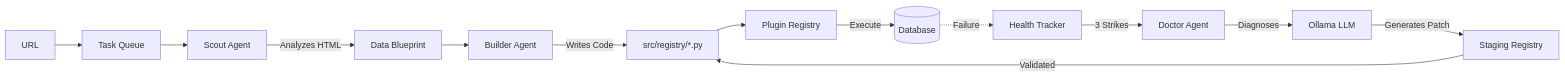
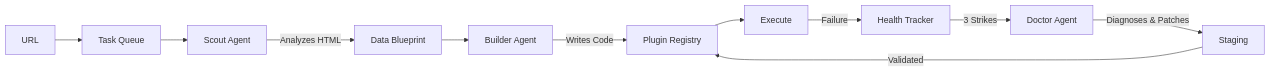
Before and after one commit to dusty-schmidt/smart-data-pipeline: the diagram in README.md, drawn with Mermaid. The commit also changed other lines of this file and 32 other files, not shown here.

````diff
--- a/README.md
+++ b/README.md
@@ -91,16 +48,13 @@
 ```mermaid
 graph LR
     User[URL] --> Queue[Task Queue]
     Queue --> Scout[Scout Agent]
     Scout -->|Analyzes HTML| Blueprint[Data Blueprint]
     Blueprint --> Builder[Builder Agent]
-    Builder -->|Writes Code| Registry[src/registry/*.py]
-    Registry --> Runtime[Plugin Registry]
-    Runtime -->|Execute| DB[(Database)]
-    
-    DB -.->|Failure| Health[Health Tracker]
+    Builder -->|Writes Code| Registry[Plugin Registry]
+    Registry --> Runtime[Execute]
+    Runtime -->|Failure| Health[Health Tracker]
     Health -->|3 Strikes| Doctor[Doctor Agent]
-    Doctor -->|Diagnoses| LLM[Ollama LLM]
-    LLM -->|Generates Patch| Staging[Staging Registry]
+    Doctor -->|Diagnoses & Patches| Staging[Staging]
     Staging -->|Validated| Registry
 ```
````
